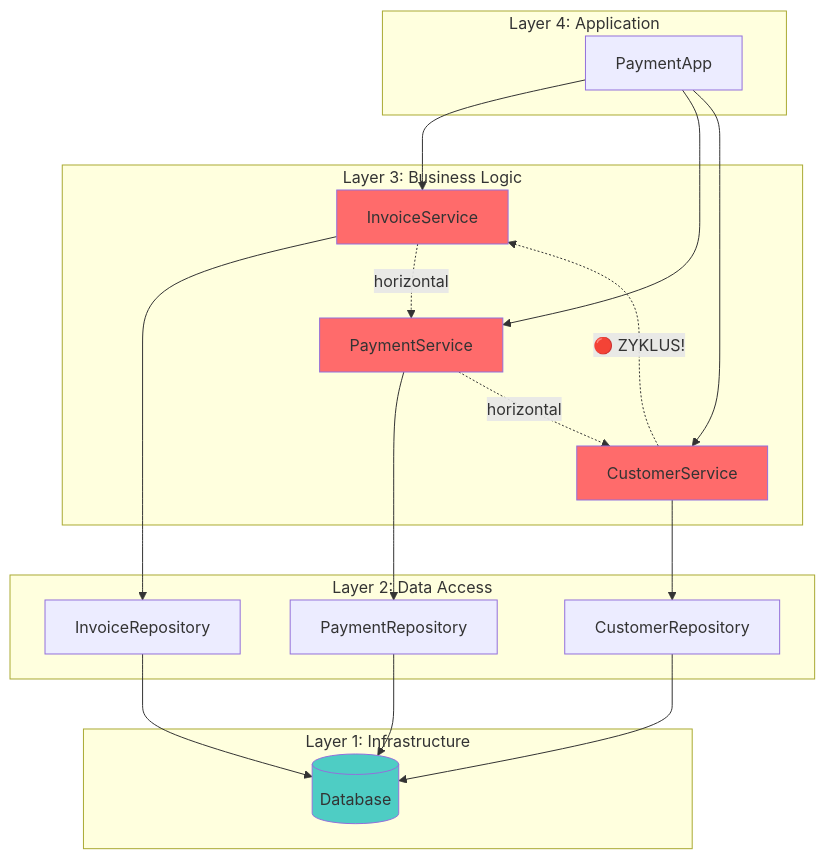
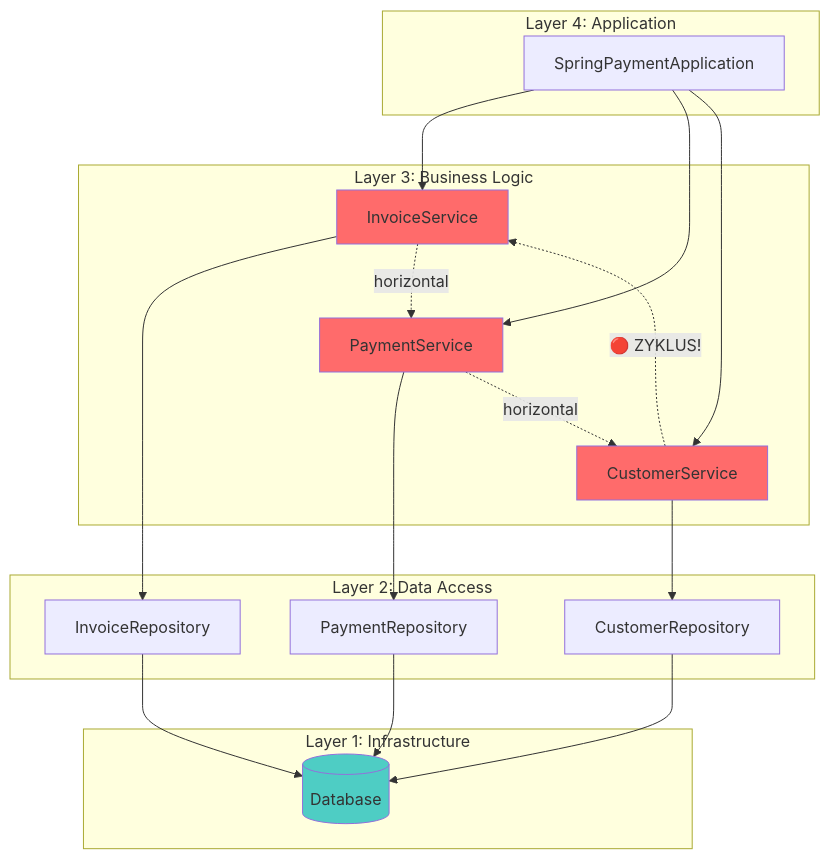
The diagram in blog/_draft/blog_system_composition_v5.md (andreas-wagner-dev/object-oriented-learning-journey), drawn with Mermaid before and after one commit. The commit also changed other lines of this file, not shown here.

````diff
--- a/blog/_draft/blog_system_composition_v5.md
+++ b/blog/_draft/blog_system_composition_v5.md
@@ -11,44 +11,44 @@
 ```mermaid
 graph TB
     subgraph L4["Layer 4: Application"]
-        App[PaymentApp]
+        App[SpringPaymentApplication]
     end
     
     subgraph L3["Layer 3: Business Logic"]
         Invoice[InvoiceService]
         Payment[PaymentService]
         Customer[CustomerService]
     end
     
     subgraph L2["Layer 2: Data Access"]
         InvoiceRepo[InvoiceRepository]
         PaymentRepo[PaymentRepository]
         CustomerRepo[CustomerRepository]
     end
     
     subgraph L1["Layer 1: Infrastructure"]
         DB[(Database)]
     end
     
     App --> Invoice
     App --> Payment
     App --> Customer
     
     Invoice --> InvoiceRepo
     Invoice -.->|horizontal| Payment
     
     Payment --> PaymentRepo
     Payment -.->|horizontal| Customer
     
     Customer --> CustomerRepo
     Customer -.->|🔴 ZYKLUS!| Invoice
     
     InvoiceRepo --> DB
     PaymentRepo --> DB
     CustomerRepo --> DB
     
     style Invoice fill:#ff6b6b
     style Payment fill:#ff6b6b
     style Customer fill:#ff6b6b
     style DB fill:#4ecdc4
 ```
````
